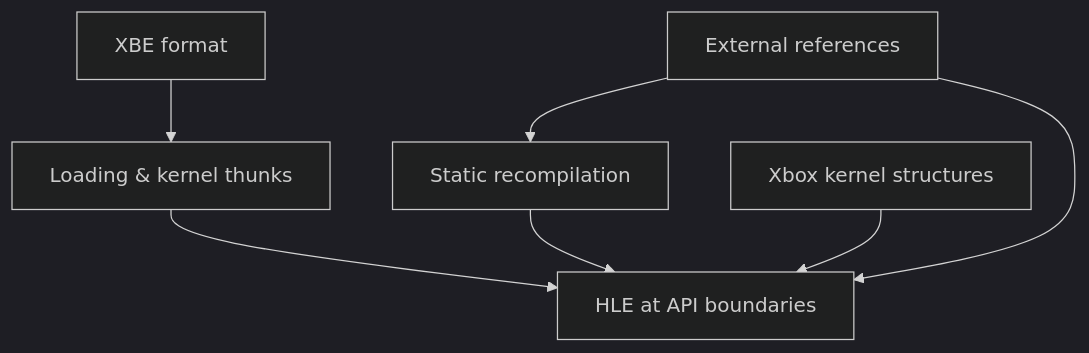
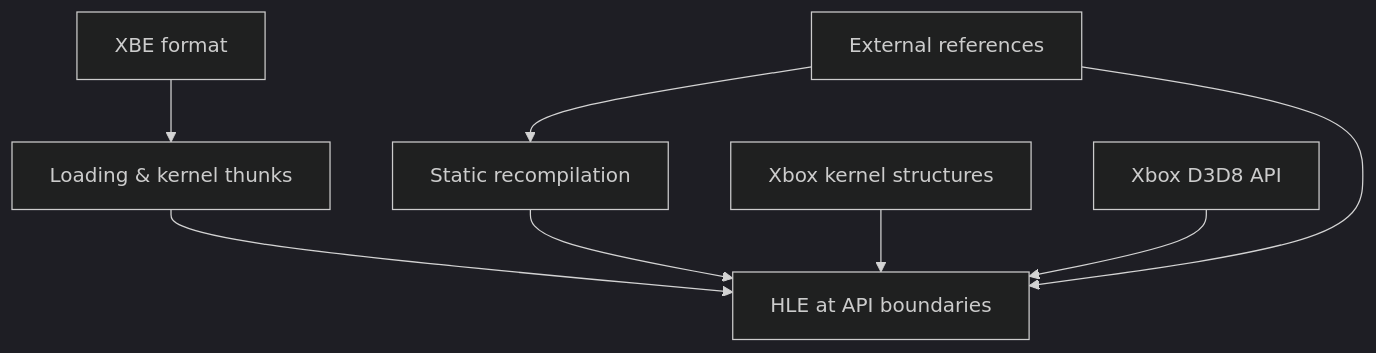
The diagram in docs/kb/README.md (nworkers/reJSRF), drawn with Mermaid (dark theme) before and after one commit. The commit also changed other lines of this file and 35 other files, not shown here.

````diff
--- a/docs/kb/README.md
+++ b/docs/kb/README.md
@@ -5,9 +5,10 @@
 ```mermaid
 flowchart TD
     XBE["XBE format"] --> LOAD["Loading & kernel thunks"]
     RECOMP["Static recompilation"] --> HLE["HLE at API boundaries"]
     LOAD --> HLE
     REFS["External references"] --> RECOMP
     REFS --> HLE
     KSTRUCT["Xbox kernel structures"] --> HLE
+    D3D["Xbox D3D8 API"] --> HLE
 ```
````
